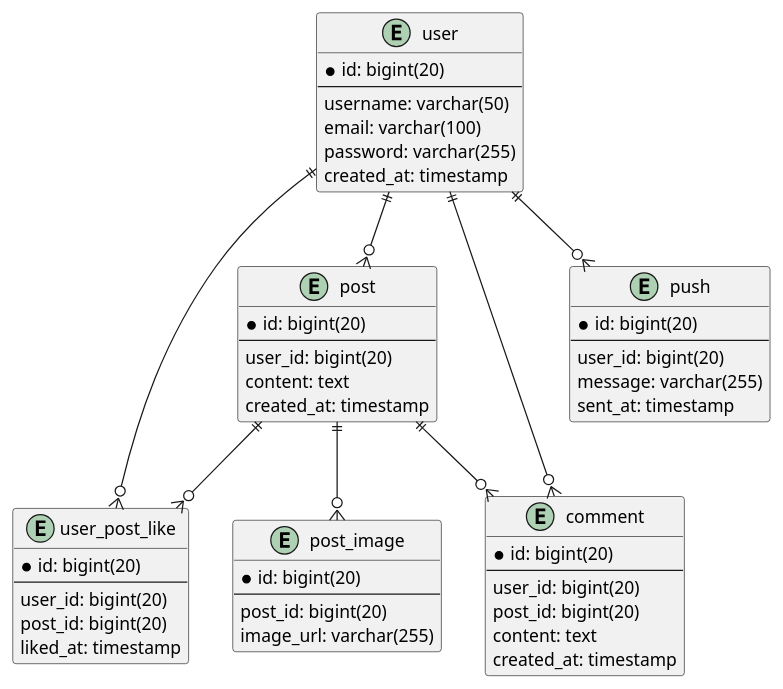
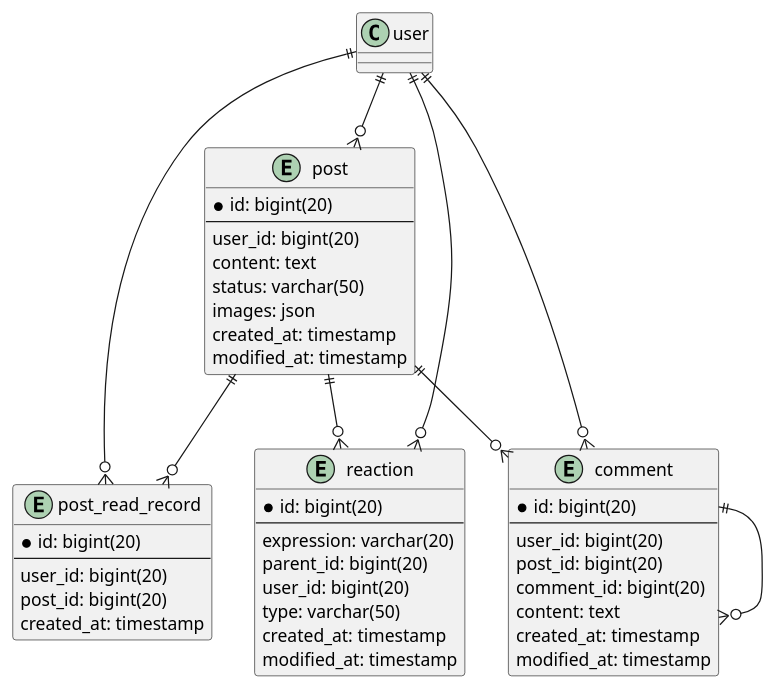
The diagram in entity/community.puml (sweav-org/sweav-uml), drawn with PlantUML before and after one commit.

Commit message:
커뮤니티 ERD 수정

```diff
--- a/entity/community.puml
+++ b/entity/community.puml
@@ -1,60 +1,53 @@
 @startuml
-
-entity user {
-  *id: bigint(20)
-  ---
-  username: varchar(50)
-  email: varchar(100)
-  password: varchar(255)
-  created_at: timestamp
-}
 
 entity post {
   *id: bigint(20)
   ---
   user_id: bigint(20)
   content: text
+  status: varchar(50)
+  images: json
   created_at: timestamp
+  modified_at: timestamp
 }
 
-entity user_post_like {
+entity post_read_record {
   *id: bigint(20)
   ---
   user_id: bigint(20)
   post_id: bigint(20)
-  liked_at: timestamp
+  created_at: timestamp
+}
+
+entity reaction {
+  *id: bigint(20)
+  ---
+  expression: varchar(20)
+  parent_id: bigint(20)
+  user_id: bigint(20)
+  type: varchar(50)
+  created_at: timestamp
+  modified_at: timestamp
 }
 
 entity comment {
   *id: bigint(20)
   ---
   user_id: bigint(20)
   post_id: bigint(20)
+  comment_id: bigint(20)
   content: text
   created_at: timestamp
-}
-
-entity post_image {
-  *id: bigint(20)
-  ---
-  post_id: bigint(20)
-  image_url: varchar(255)
-}
-
-entity push {
-  *id: bigint(20)
-  ---
-  user_id: bigint(20)
-  message: varchar(255)
-  sent_at: timestamp
+  modified_at: timestamp
 }
 
 user ||--o{ post
-user ||--o{ user_post_like
+user ||--o{ reaction
 user ||--o{ comment
-user ||--o{ push
 post ||--o{ comment
-post ||--o{ user_post_like
-post ||--o{ post_image
+post ||--o{ reaction
+user ||--o{ post_read_record
+post ||--o{ post_read_record
+comment ||--o{ comment
 
 @enduml
```
